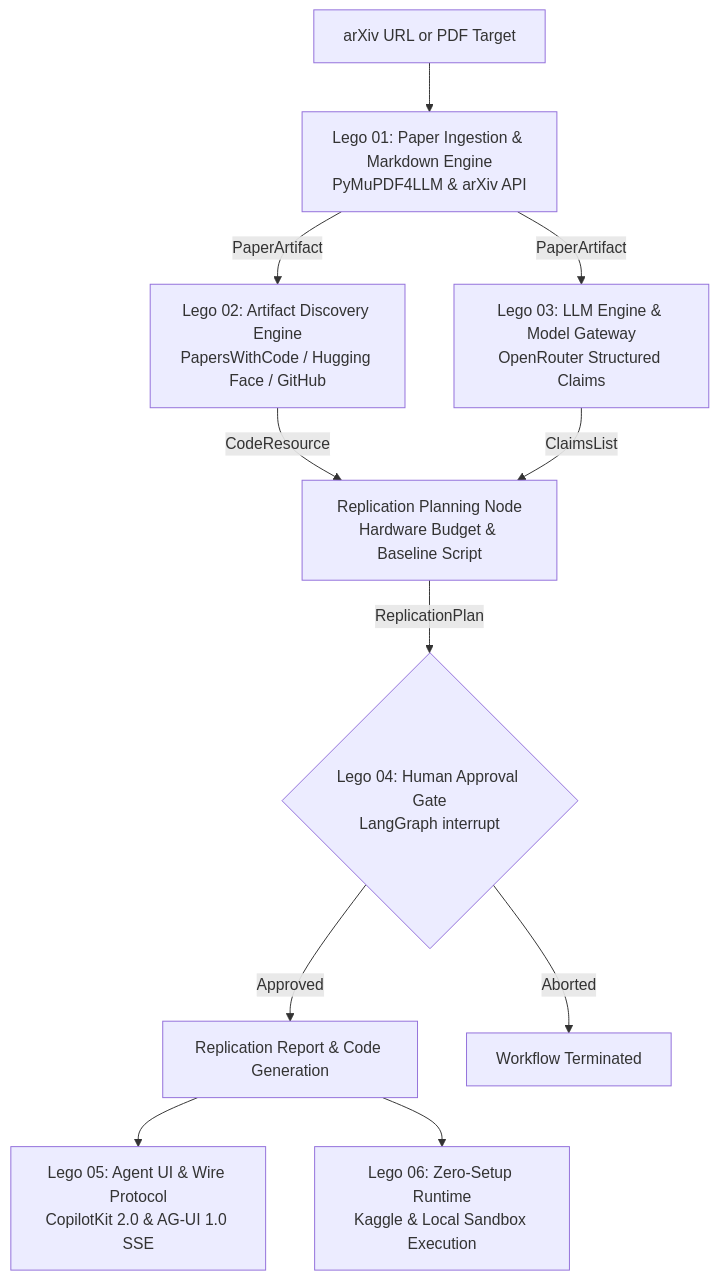
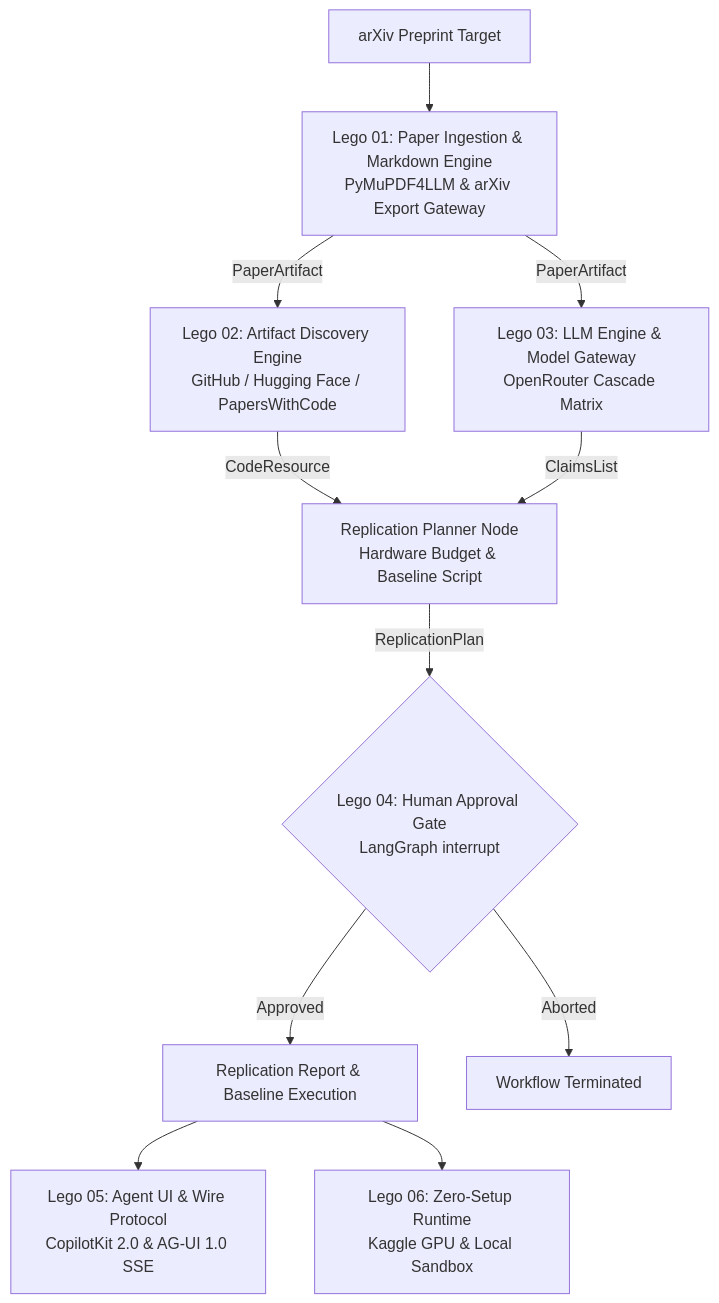
Before and after one commit to riri-05/zero-gaze: the first of 2 diagrams in docs/00-architecture-overview/README.md, drawn with Mermaid. The commit also changed other lines of this file and 9 other files, not shown here.

Commit message:
docs: complete architectural makeover, remove roadmaps, and add .env.example

````diff
--- a/docs/00-architecture-overview/README.md
+++ b/docs/00-architecture-overview/README.md
@@ -6,13 +10,13 @@
 ```mermaid
 flowchart TD
-    A[arXiv URL or PDF Target] --> B[Lego 01: Paper Ingestion & Markdown Engine<br/>PyMuPDF4LLM & arXiv API]
-    B -->|PaperArtifact| C[Lego 02: Artifact Discovery Engine<br/>PapersWithCode / Hugging Face / GitHub]
-    B -->|PaperArtifact| D[Lego 03: LLM Engine & Model Gateway<br/>OpenRouter Structured Claims]
-    C -->|CodeResource| E[Replication Planning Node<br/>Hardware Budget & Baseline Script]
+    A[arXiv Preprint Target] --> B[Lego 01: Paper Ingestion & Markdown Engine<br/>PyMuPDF4LLM & arXiv Export Gateway]
+    B -->|PaperArtifact| C[Lego 02: Artifact Discovery Engine<br/>GitHub / Hugging Face / PapersWithCode]
+    B -->|PaperArtifact| D[Lego 03: LLM Engine & Model Gateway<br/>OpenRouter Cascade Matrix]
+    C -->|CodeResource| E[Replication Planner Node<br/>Hardware Budget & Baseline Script]
     D -->|ClaimsList| E
     E -->|ReplicationPlan| F{Lego 04: Human Approval Gate<br/>LangGraph interrupt}
-    F -->|Approved| G[Replication Report & Code Generation]
+    F -->|Approved| G[Replication Report & Baseline Execution]
     F -->|Aborted| H[Workflow Terminated]
     G --> I[Lego 05: Agent UI & Wire Protocol<br/>CopilotKit 2.0 & AG-UI 1.0 SSE]
-    G --> J[Lego 06: Zero-Setup Runtime<br/>Kaggle & Local Sandbox Execution]
+    G --> J[Lego 06: Zero-Setup Runtime<br/>Kaggle GPU & Local Sandbox]
 ```
````
